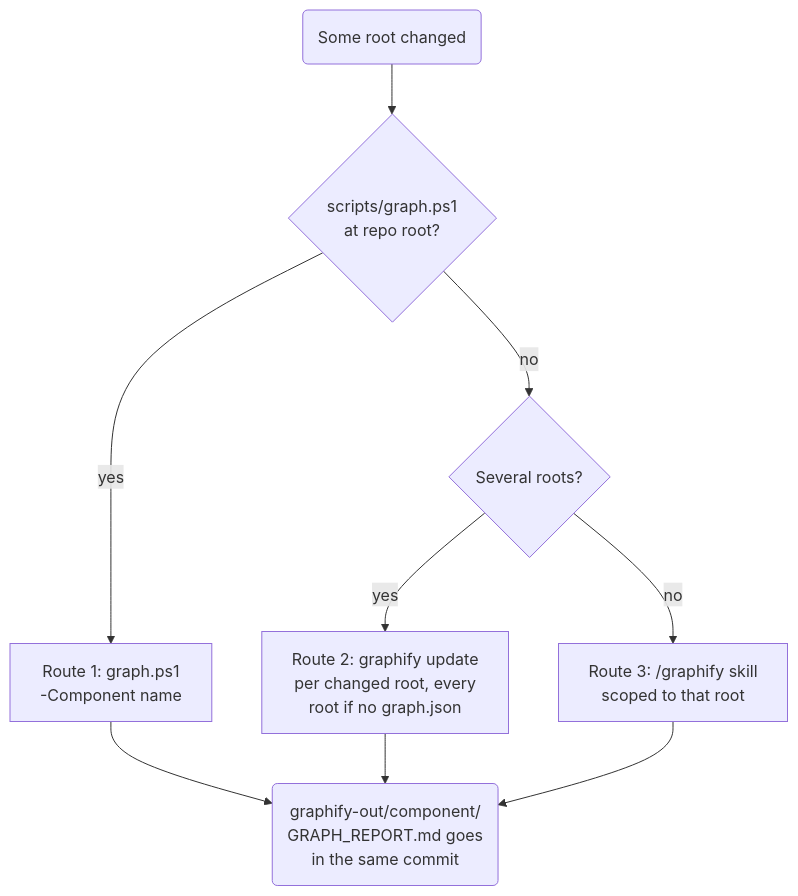
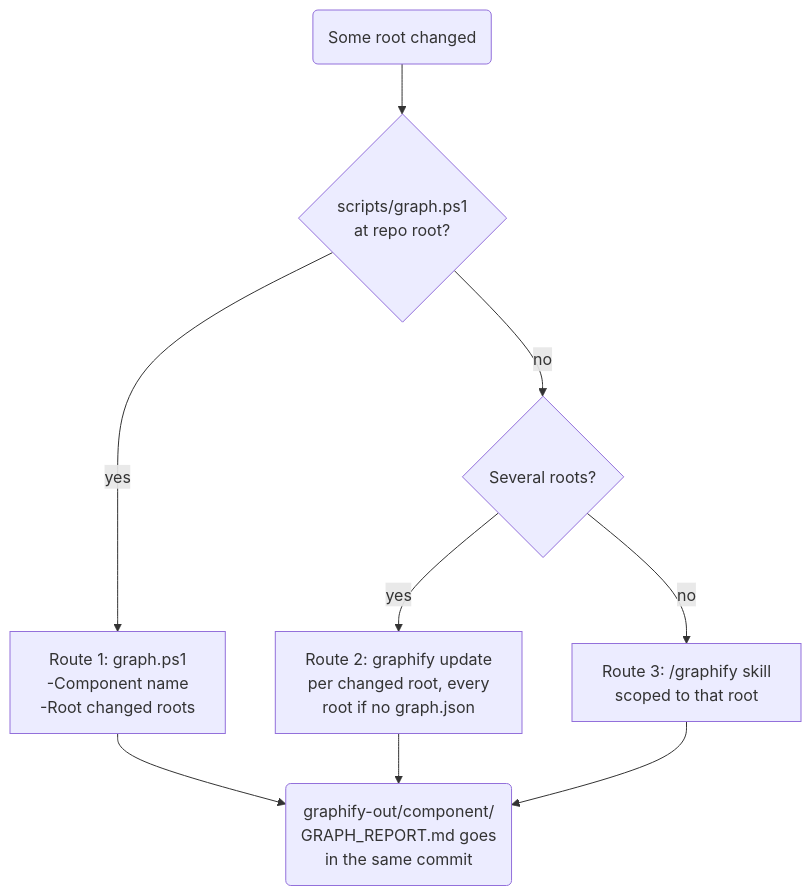
One commit to muhammedalikhan86/claude-stash changed the second of 5 diagrams in skills/plugin-orchestrator-development-pattern/mermaid/07-phase3-finalization.md. Above: the diagram before and after it, drawn with Mermaid. The commit also changed other lines of this file and 32 other files, not shown here.

````diff
--- a/skills/plugin-orchestrator-development-pattern/mermaid/07-phase3-finalization.md
+++ b/skills/plugin-orchestrator-development-pattern/mermaid/07-phase3-finalization.md
@@ -32,11 +34,11 @@
 ```mermaid
 flowchart TD
     S0("Some root changed") --> Script{"scripts/graph.ps1<br/>at repo root?"}
-    Script -->|"yes"| R1["Route 1: graph.ps1<br/>-Component name"]
+    Script -->|"yes"| R1["Route 1: graph.ps1<br/>-Component name<br/>-Root changed roots"]
     Script -->|"no"| Roots{"Several roots?"}
     Roots -->|"yes"| R2["Route 2: graphify update<br/>per changed root, every<br/>root if no graph.json"]
     Roots -->|"no"| R3["Route 3: /graphify skill<br/>scoped to that root"]
     R1 --> Out
     R2 --> Out
     R3 --> Out("graphify-out/component/<br/>GRAPH_REPORT.md goes<br/>in the same commit")
 ```
````
